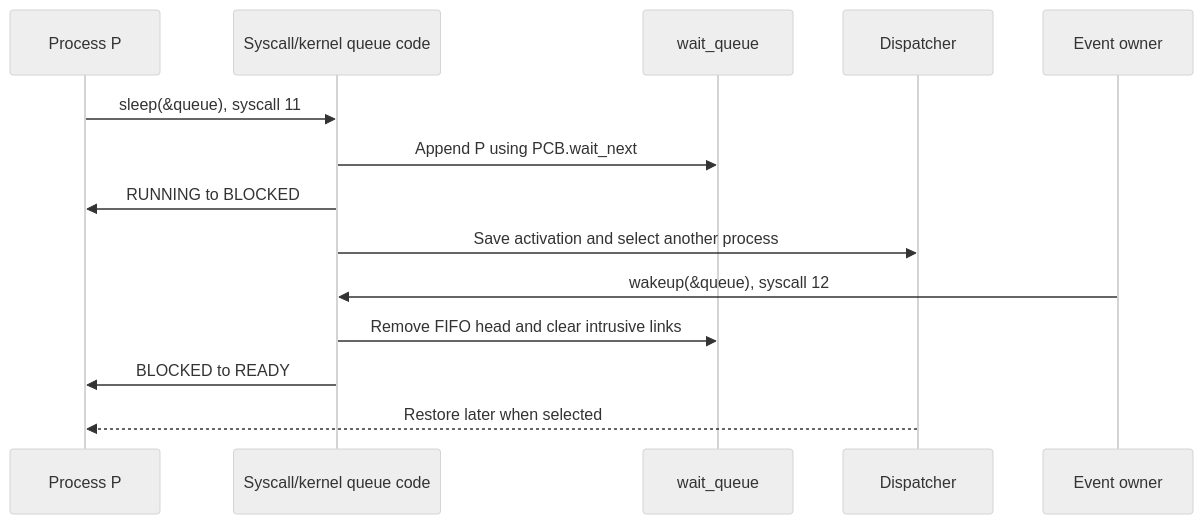
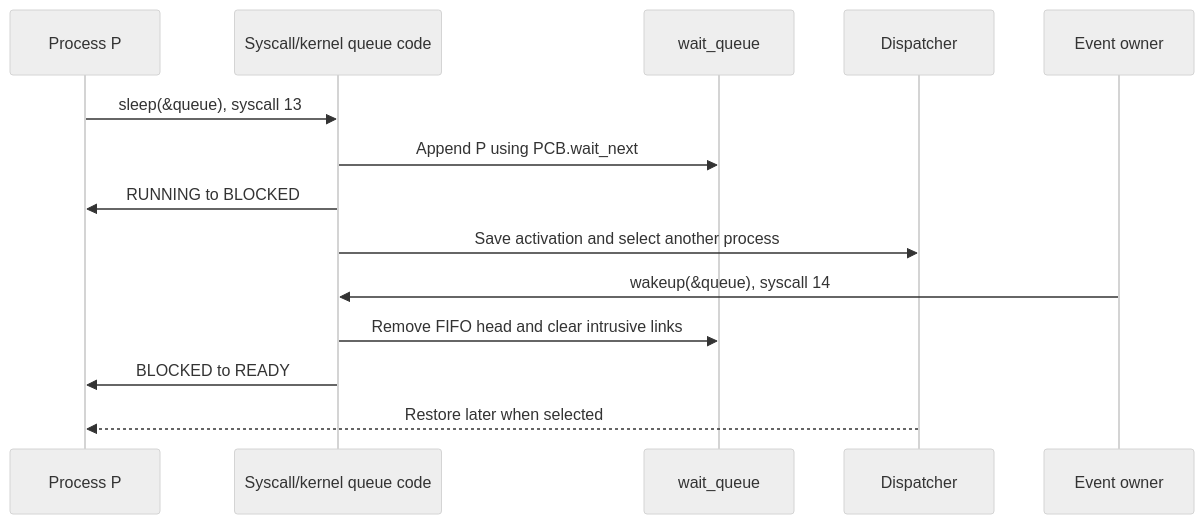
Diagram 13 of 30 in README.md (matthejue/Pico-OS), drawn with Mermaid (neutral theme) before and after one commit. The commit also changed other lines of this file and 8 other files, not shown here.

````diff
--- a/README.md
+++ b/README.md
@@ -2018,17 +2015,17 @@
 ```mermaid
 sequenceDiagram
     participant P as Process P
     participant K as Syscall/kernel queue code
     participant Q as wait_queue
     participant D as Dispatcher
     participant E as Event owner
 
-    P->>K: sleep(&queue), syscall 11
+    P->>K: sleep(&queue), syscall 13
     K->>Q: Append P using PCB.wait_next
     K->>P: RUNNING to BLOCKED
     K->>D: Save activation and select another process
-    E->>K: wakeup(&queue), syscall 12
+    E->>K: wakeup(&queue), syscall 14
     K->>Q: Remove FIFO head and clear intrusive links
     K->>P: BLOCKED to READY
     D-->>P: Restore later when selected
 ```
````
